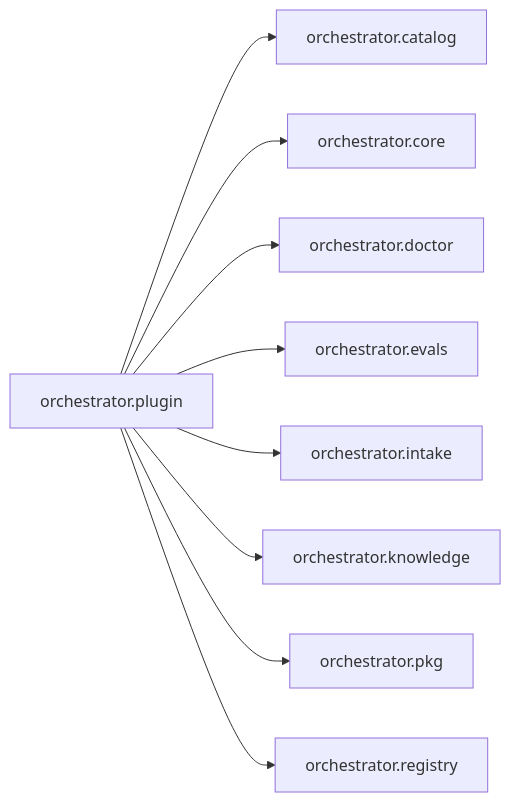
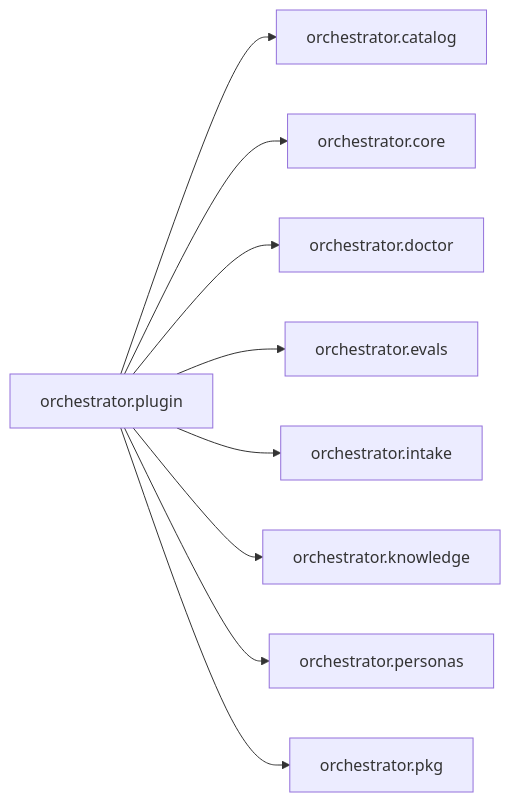
The diagram in episteme/areas/orchestrator.plugin.md (synaptixs/spine), drawn with Mermaid before and after one commit. The commit also changed other lines of this file and 26 other files, not shown here.

````diff
--- a/episteme/areas/orchestrator.plugin.md
+++ b/episteme/areas/orchestrator.plugin.md
@@ -8,20 +8,20 @@
 ```mermaid
 flowchart LR
   n0["orchestrator.plugin"]
   n1["orchestrator.catalog"]
   n2["orchestrator.core"]
   n3["orchestrator.doctor"]
   n4["orchestrator.evals"]
   n5["orchestrator.intake"]
   n6["orchestrator.knowledge"]
-  n7["orchestrator.pkg"]
-  n8["orchestrator.registry"]
+  n7["orchestrator.personas"]
+  n8["orchestrator.pkg"]
   n0 --> n1
   n0 --> n2
   n0 --> n3
   n0 --> n4
   n0 --> n5
   n0 --> n6
   n0 --> n7
   n0 --> n8
 ```
````
